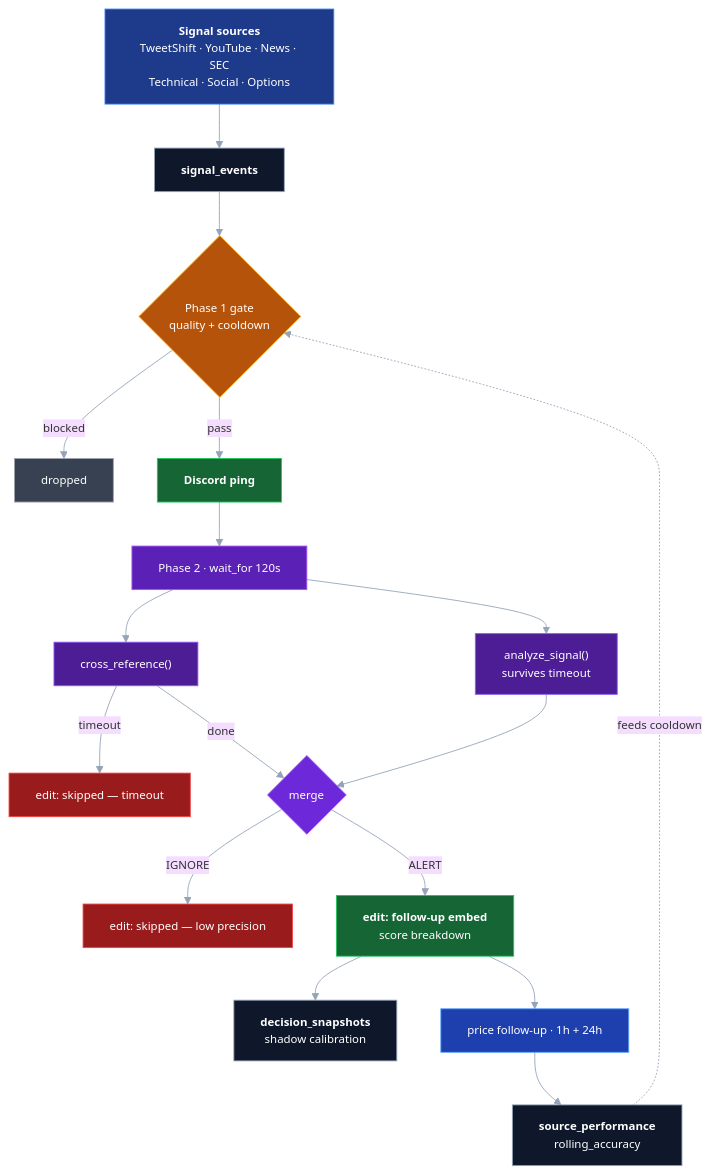
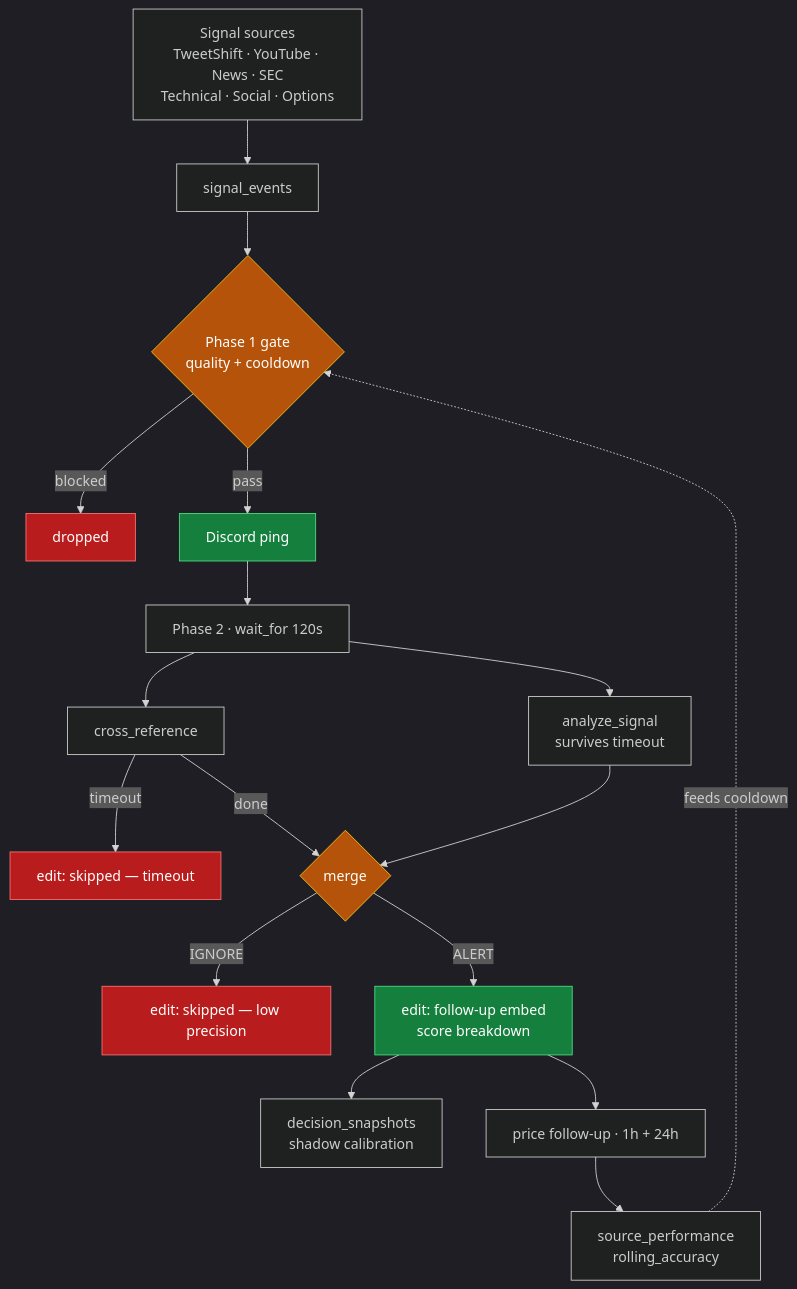
The diagram in README.md (chopra2007/openclaw--StockTicker-Signals-Discord-Bot), drawn with Mermaid before and after one commit.

Commit message:
docs: use Mermaid theme=dark so every node is legible by default
Previous attempts tried to control fill and text per-node via 'style'
directives. GitHub's renderer was silently dropping the fill on a subset
of nodes, leaving my near-white text labels on the light default theme
background — invisible.

Switches to 'theme: dark' so Mermaid's own dark palette sets the default
for every node (dark grey fill + white text baked into the theme).
classDef still provides semantic colors for the three meaningful states
(success = green, skip = red, gate = amber) but is purely additive — if
classDef is dropped by the renderer, the dark base still renders
readably instead of invisibly.

````diff
--- a/README.md
+++ b/README.md
@@ -9,37 +9,40 @@
 ```mermaid
-%%{init: {'theme':'base','themeVariables':{'fontSize':'13px','lineColor':'#94a3b8'}}}%%
+%%{init: {'theme':'dark'}}%%
 flowchart TD
-    SRC["<b>Signal sources</b><br/>TweetShift · YouTube · News · SEC<br/>Technical · Social · Options"]
-    SRC --> INGEST["<b>signal_events</b>"]
-    INGEST --> P1{"Phase 1 gate<br/>quality + cooldown"}
-    P1 -->|blocked| DROP["dropped"]
-    P1 -->|pass| PING["<b>Discord ping</b>"]
-    PING --> P2["Phase 2 · wait_for 120s"]
-    P2 --> XREF["cross_reference()"]
-    P2 --> PREC["analyze_signal()<br/>survives timeout"]
-    XREF -->|timeout| SKIP1["edit: skipped — timeout"]
-    XREF -->|done| MERGE{merge}
+    SRC[Signal sources<br/>TweetShift · YouTube · News · SEC<br/>Technical · Social · Options]
+    INGEST[signal_events]
+    P1{Phase 1 gate<br/>quality + cooldown}
+    DROP[dropped]
+    PING[Discord ping]
+    P2[Phase 2 · wait_for 120s]
+    XREF[cross_reference]
+    PREC[analyze_signal<br/>survives timeout]
+    SKIP1[edit: skipped — timeout]
+    MERGE{merge}
+    SKIP2[edit: skipped — low precision]
+    FOLLOW[edit: follow-up embed<br/>score breakdown]
+    SHADOW[decision_snapshots<br/>shadow calibration]
+    TRACK[price follow-up · 1h + 24h]
+    PERF[source_performance<br/>rolling_accuracy]
+
+    SRC --> INGEST --> P1
+    P1 -->|blocked| DROP
+    P1 -->|pass| PING --> P2
+    P2 --> XREF
+    P2 --> PREC
+    XREF -->|timeout| SKIP1
+    XREF -->|done| MERGE
     PREC --> MERGE
-    MERGE -->|IGNORE| SKIP2["edit: skipped — low precision"]
-    MERGE -->|ALERT| FOLLOW["<b>edit: follow-up embed</b><br/>score breakdown"]
-    FOLLOW --> SHADOW["<b>decision_snapshots</b><br/>shadow calibration"]
-    FOLLOW --> TRACK["price follow-up · 1h + 24h"]
-    TRACK --> PERF["<b>source_performance</b><br/>rolling_accuracy"]
+    MERGE -->|IGNORE| SKIP2
+    MERGE -->|ALERT| FOLLOW
+    FOLLOW --> SHADOW
+    FOLLOW --> TRACK --> PERF
     PERF -.->|feeds cooldown| P1
 
-    style SRC      fill:#1e3a8a,stroke:#3b82f6,color:#ffffff
-    style INGEST   fill:#0f172a,stroke:#94a3b8,color:#ffffff
-    style P1       fill:#b45309,stroke:#f59e0b,color:#ffffff
-    style PING     fill:#166534,stroke:#22c55e,color:#ffffff
-    style P2       fill:#5b21b6,stroke:#a855f7,color:#ffffff
-    style XREF     fill:#4c1d95,stroke:#8b5cf6,color:#ffffff
-    style PREC     fill:#4c1d95,stroke:#8b5cf6,color:#ffffff
-    style MERGE    fill:#6d28d9,stroke:#a855f7,color:#ffffff
-    style FOLLOW   fill:#166534,stroke:#22c55e,color:#ffffff
-    style SKIP1    fill:#991b1b,stroke:#ef4444,color:#ffffff
-    style SKIP2    fill:#991b1b,stroke:#ef4444,color:#ffffff
-    style DROP     fill:#374151,stroke:#9ca3af,color:#ffffff
-    style SHADOW   fill:#0f172a,stroke:#94a3b8,color:#ffffff
-    style TRACK    fill:#1e40af,stroke:#60a5fa,color:#ffffff
-    style PERF     fill:#0f172a,stroke:#94a3b8,color:#ffffff
+    classDef success fill:#15803d,stroke:#4ade80,color:#ffffff
+    classDef skip fill:#b91c1c,stroke:#f87171,color:#ffffff
+    classDef gate fill:#b45309,stroke:#fbbf24,color:#ffffff
+    class PING,FOLLOW success
+    class SKIP1,SKIP2,DROP skip
+    class P1,MERGE gate
 ```
````
